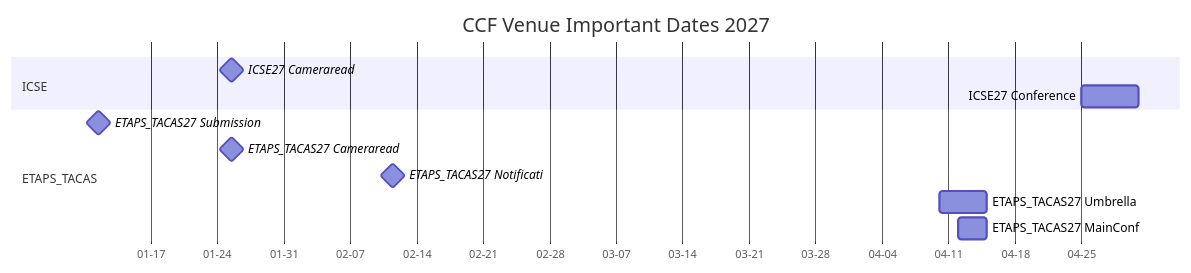
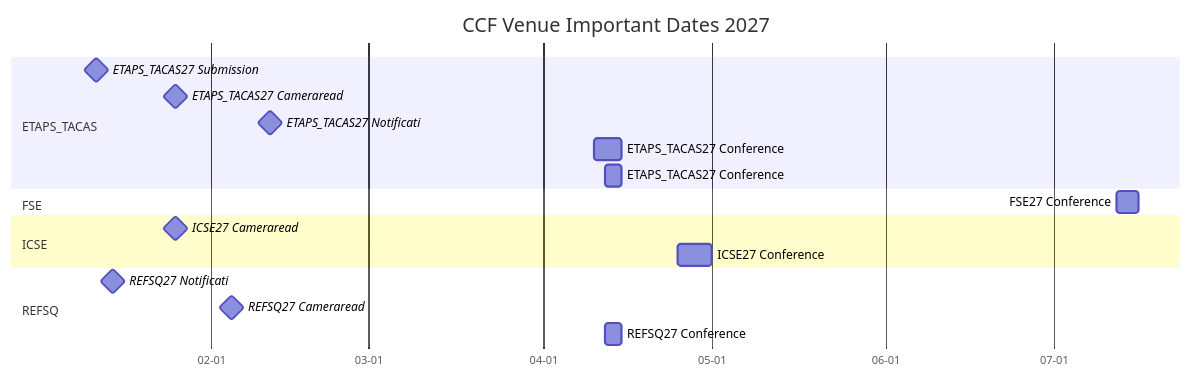
The second of 9 diagrams in ccf_venues/TIMELINE.md (HansBug/research_ideas), drawn with Mermaid before and after one commit. The commit also changed other lines of this file and 42 other files, not shown here.

````diff
--- a/ccf_venues/TIMELINE.md
+++ b/ccf_venues/TIMELINE.md
@@ -107,18 +113,26 @@
 ```mermaid
 gantt
   title CCF Venue Important Dates 2027
   dateFormat YYYY-MM-DD
   axisFormat %m-%d
 
+  section ETAPS_TACAS
+  ETAPS_TACAS27 Submission :milestone, etaps_tacas_2027_1_20270111, 2027-01-11, 1d
+  ETAPS_TACAS27 Cameraread :milestone, etaps_tacas_2027_2_20270125, 2027-01-25, 1d
+  ETAPS_TACAS27 Notificati :milestone, etaps_tacas_2027_3_20270211, 2027-02-11, 1d
+  ETAPS_TACAS27 Conference :etaps_tacas_2027_4_20270410, 2027-04-10, 2027-04-15
+  ETAPS_TACAS27 Conference :etaps_tacas_2027_5_20270412, 2027-04-12, 2027-04-15
+
+  section FSE
+  FSE27 Conference :fse_2027_1_20270712, 2027-07-12, 2027-07-16
+
   section ICSE
-  ICSE27 Cameraread :milestone, icse2027_1_20270125, 2027-01-25, 1d
-  ICSE27 Conference :icse2027_2_20270425, 2027-04-25, 2027-05-01
+  ICSE27 Cameraread :milestone, icse_2027_1_20270125, 2027-01-25, 1d
+  ICSE27 Conference :icse_2027_2_20270425, 2027-04-25, 2027-05-01
 
-  section ETAPS_TACAS
-  ETAPS_TACAS27 Submission :milestone, etaps2027_1_20270111, 2027-01-11, 1d
-  ETAPS_TACAS27 Cameraread :milestone, etaps2027_2_20270125, 2027-01-25, 1d
-  ETAPS_TACAS27 Notificati :milestone, etaps2027_3_20270211, 2027-02-11, 1d
-  ETAPS_TACAS27 Umbrella :etaps2027_4_20270410, 2027-04-10, 2027-04-15
-  ETAPS_TACAS27 MainConf :etaps2027_5_20270412, 2027-04-12, 2027-04-15
+  section REFSQ
+  REFSQ27 Notificati :milestone, refsq_2027_1_20270114, 2027-01-14, 1d
+  REFSQ27 Cameraread :milestone, refsq_2027_2_20270204, 2027-02-04, 1d
+  REFSQ27 Conference :refsq_2027_3_20270412, 2027-04-12, 2027-04-15
 
 ```
````
